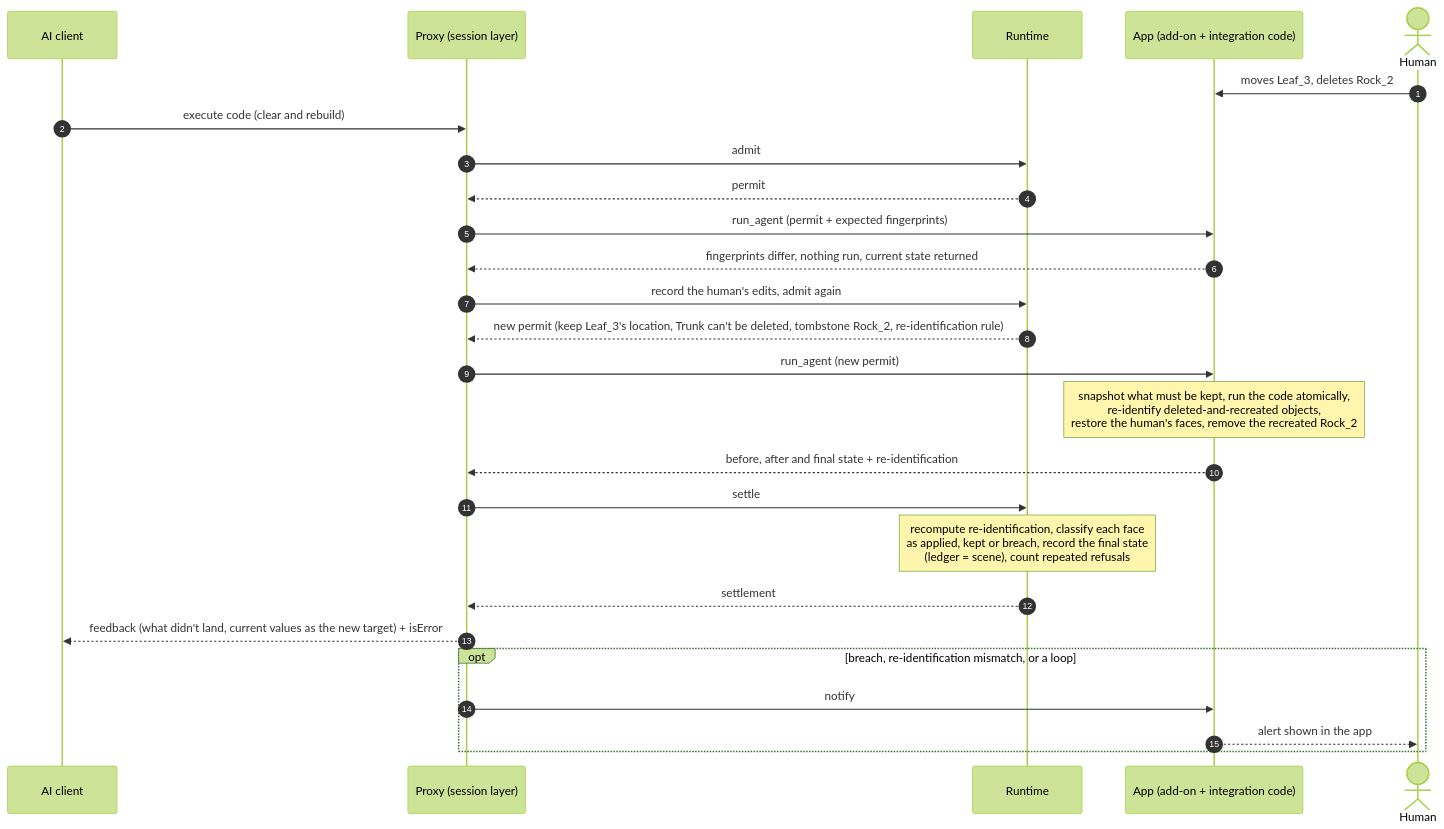
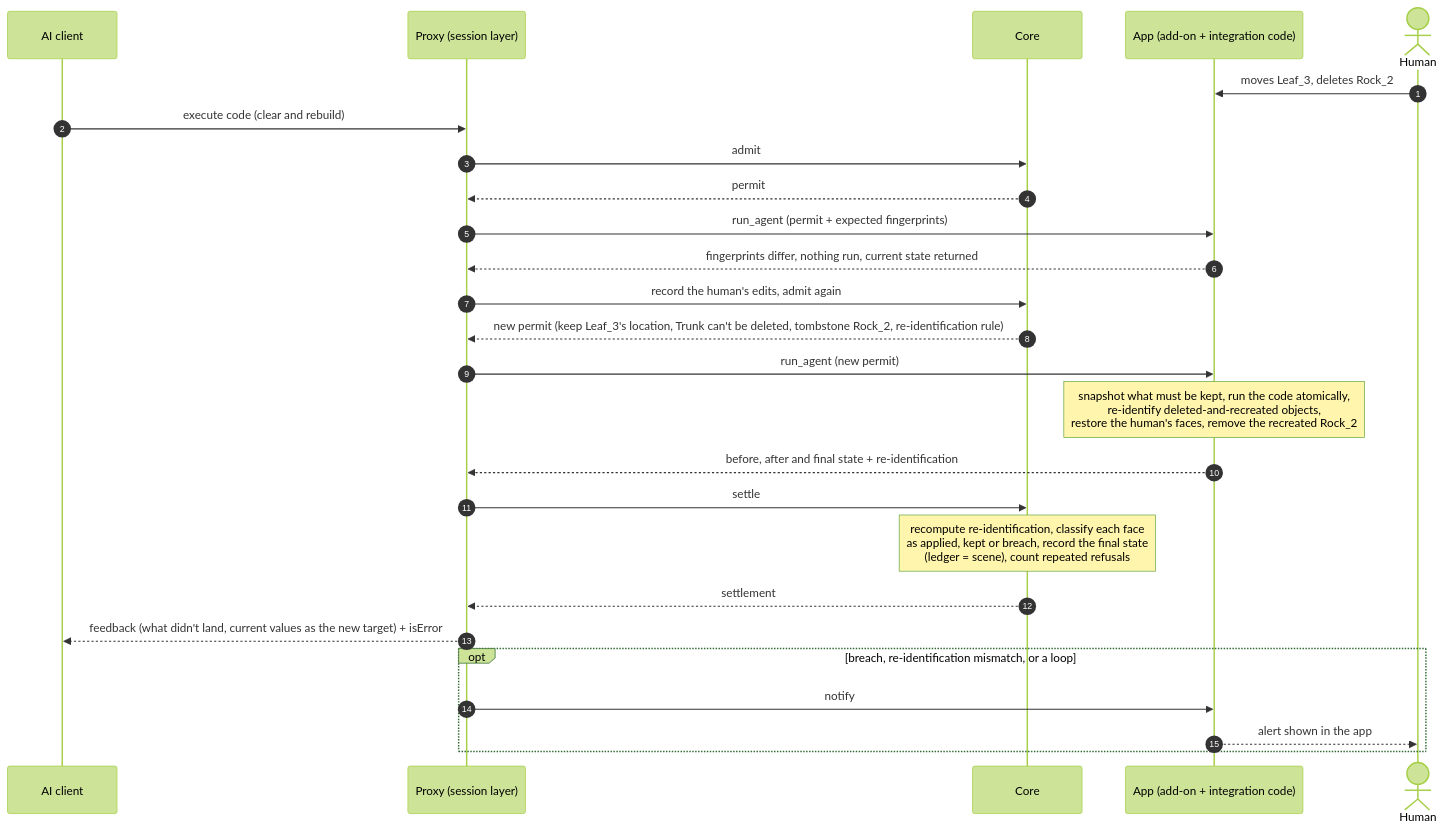
One commit to IndexCH/RightOfWay changed the third of 3 diagrams in README.md. Above: the diagram before and after it, drawn with Mermaid (forest theme). The commit also changed other lines of this file and 3 other files, not shown here.

````diff
--- a/README.md
+++ b/README.md
@@ -74,28 +108,28 @@
 ```mermaid
 sequenceDiagram
     autonumber
     participant AI as AI client
     participant P as Proxy (session layer)
-    participant R as Runtime
+    participant R as Core
     participant A as App (add-on + integration code)
     actor H as Human
     H->>A: moves Leaf_3, deletes Rock_2
     AI->>P: execute code (clear and rebuild)
     P->>R: admit
     R-->>P: permit
     P->>A: run_agent (permit + expected fingerprints)
     A-->>P: fingerprints differ, nothing run, current state returned
     P->>R: record the human's edits, admit again
     R-->>P: new permit (keep Leaf_3's location, Trunk can't be deleted, tombstone Rock_2, re-identification rule)
     P->>A: run_agent (new permit)
     Note over A: snapshot what must be kept, run the code atomically,<br/>re-identify deleted-and-recreated objects,<br/>restore the human's faces, remove the recreated Rock_2
     A-->>P: before, after and final state + re-identification
     P->>R: settle
     Note over R: recompute re-identification, classify each face<br/>as applied, kept or breach, record the final state<br/>(ledger = scene), count repeated refusals
     R-->>P: settlement
     P-->>AI: feedback (what didn't land, current values as the new target) + isError
     opt breach, re-identification mismatch, or a loop
         P->>A: notify
         A-->>H: alert shown in the app
     end
 ```
````
